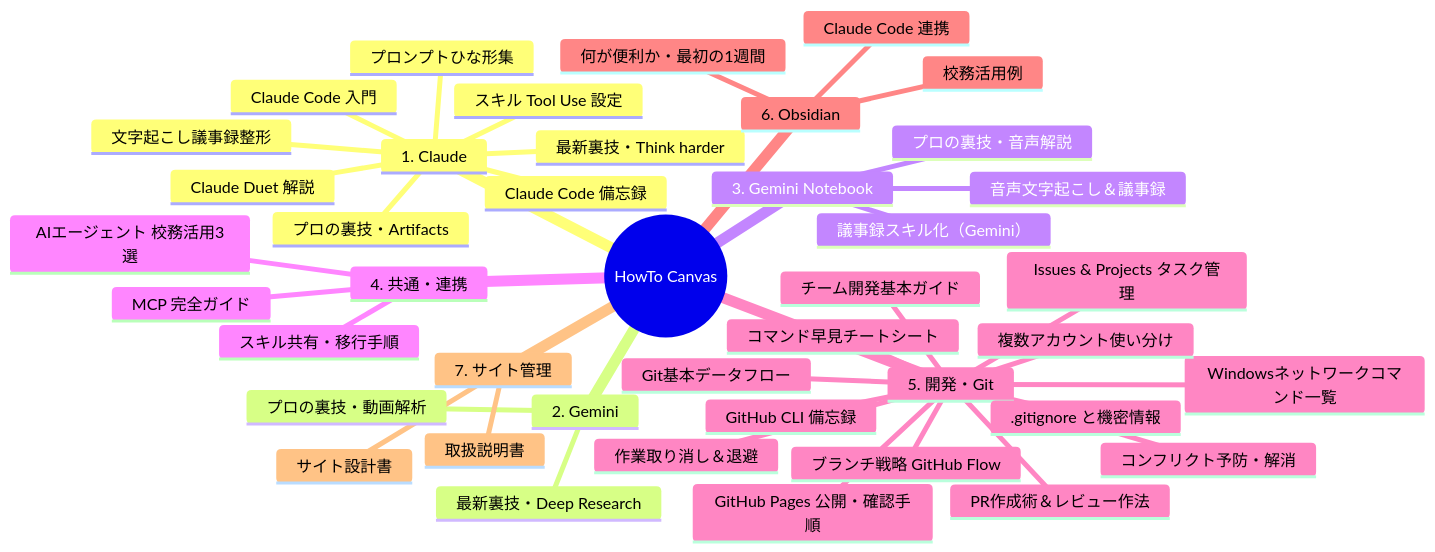
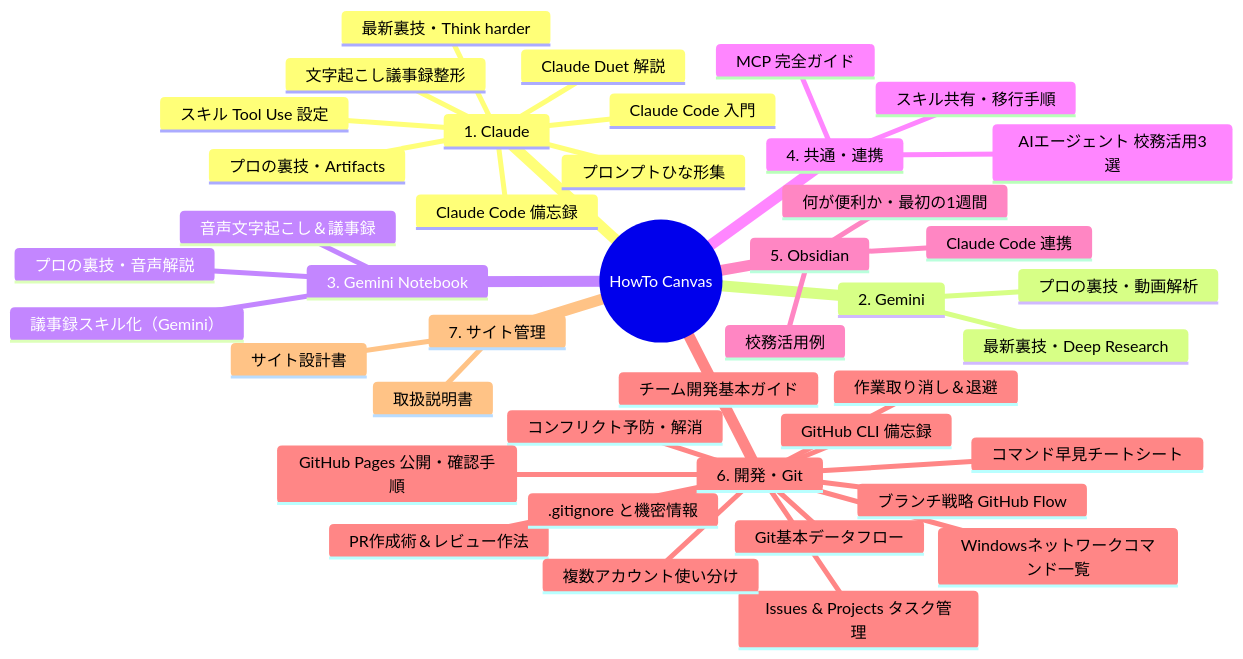
One commit to nakamotohiroshi-biz-team/howto-canvas changed the second of 2 diagrams in src/content/docs/meta/design-spec.md. Above: the diagram before and after it, drawn with Mermaid. The commit also changed other lines of this file and 5 other files, not shown here.

````diff
--- a/src/content/docs/meta/design-spec.md
+++ b/src/content/docs/meta/design-spec.md
@@ -119,45 +119,45 @@
 ```mermaid
 mindmap
   root((HowTo Canvas))
     1. Claude
       最新裏技・Think harder
       Claude Code 入門
       スキル Tool Use 設定
       文字起こし議事録整形
       プロの裏技・Artifacts
       Claude Code 備忘録
       プロンプトひな形集
       Claude Duet 解説
     2. Gemini
       最新裏技・Deep Research
       プロの裏技・動画解析
     3. Gemini Notebook
       音声文字起こし＆議事録
       プロの裏技・音声解説
       議事録スキル化（Gemini）
     4. 共通・連携
       スキル共有・移行手順
       MCP 完全ガイド
       AIエージェント 校務活用3選
-    5. 開発・Git
+    5. Obsidian
+      何が便利か・最初の1週間
+      校務活用例
+      Claude Code 連携
+    6. 開発・Git
       Git基本データフロー
       チーム開発基本ガイド
       コマンド早見チートシート
       コンフリクト予防・解消
       作業取り消し＆退避
       ブランチ戦略 GitHub Flow
       Issues & Projects タスク管理
       PR作成術＆レビュー作法
       Windowsネットワークコマンド一覧
       GitHub CLI 備忘録
       GitHub Pages 公開・確認手順
       .gitignore と機密情報
       複数アカウント使い分け
-    6. Obsidian
-      何が便利か・最初の1週間
-      校務活用例
-      Claude Code 連携
     7. サイト管理
       取扱説明書
       サイト設計書
 ```
````
